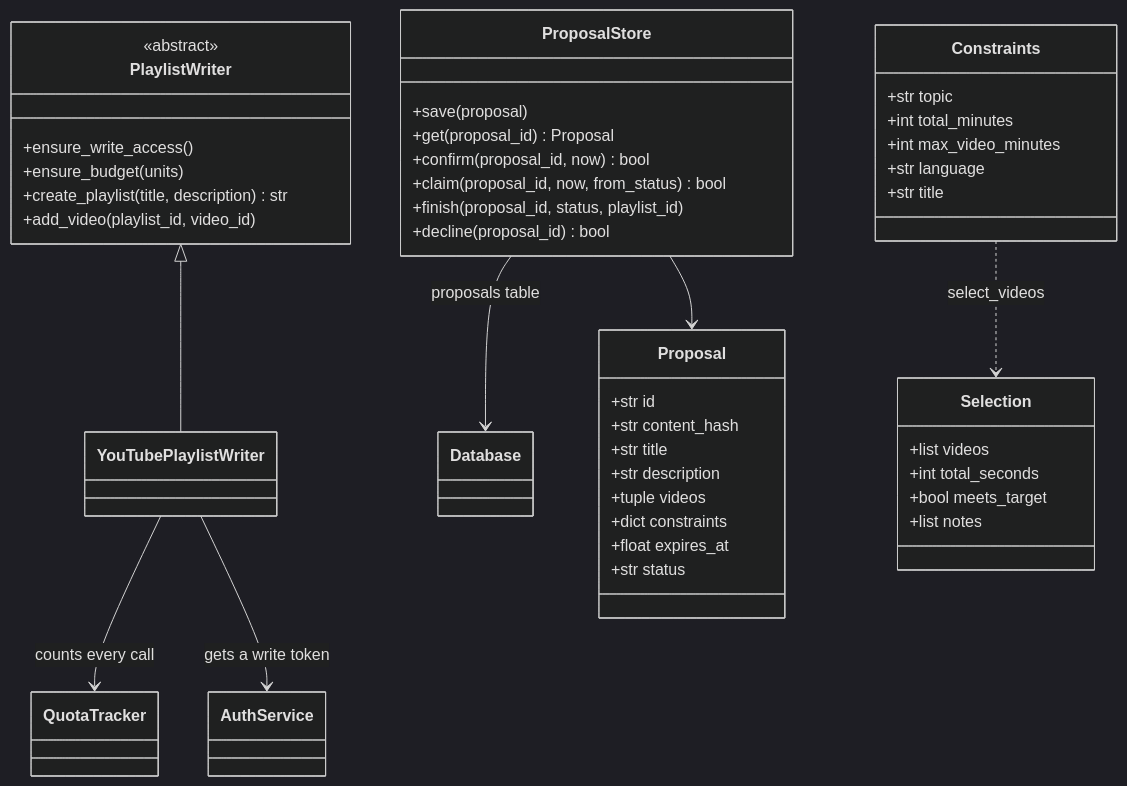
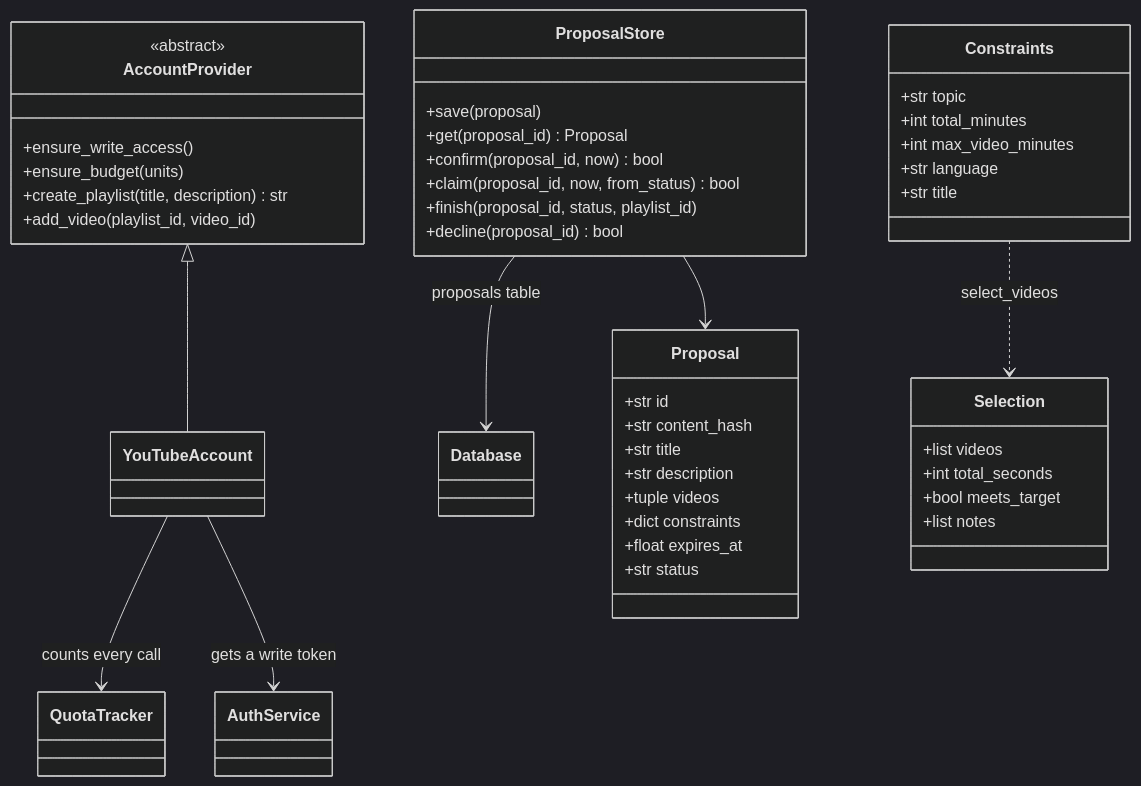
The third of 4 diagrams in docs/Areas/Design Classes.md (Chris-ops4573/Youtube_MCP_Server), drawn with Mermaid (dark theme) before and after one commit. The commit also changed other lines of this file and 17 other files, not shown here.

Commit message:
refactor: rename PlaylistWriter to AccountProvider

````diff
--- a/docs/Areas/Design Classes.md
+++ b/docs/Areas/Design Classes.md
@@ -105,48 +105,48 @@
 ```mermaid
 classDiagram
-  class PlaylistWriter {
+  class AccountProvider {
     <<abstract>>
     +ensure_write_access()
     +ensure_budget(units)
     +create_playlist(title, description) str
     +add_video(playlist_id, video_id)
   }
-  class YouTubePlaylistWriter
+  class YouTubeAccount
   class ProposalStore {
     +save(proposal)
     +get(proposal_id) Proposal
     +confirm(proposal_id, now) bool
     +claim(proposal_id, now, from_status) bool
     +finish(proposal_id, status, playlist_id)
     +decline(proposal_id) bool
   }
   class Proposal {
     +str id
     +str content_hash
     +str title
     +str description
     +tuple videos
     +dict constraints
     +float expires_at
     +str status
   }
   class Constraints {
     +str topic
     +int total_minutes
     +int max_video_minutes
     +str language
     +str title
   }
   class Selection {
     +list videos
     +int total_seconds
     +bool meets_target
     +list notes
   }
-  PlaylistWriter <|-- YouTubePlaylistWriter
-  YouTubePlaylistWriter --> QuotaTracker : counts every call
-  YouTubePlaylistWriter --> AuthService : gets a write token
+  AccountProvider <|-- YouTubeAccount
+  YouTubeAccount --> QuotaTracker : counts every call
+  YouTubeAccount --> AuthService : gets a write token
   ProposalStore --> Database : proposals table
   ProposalStore --> Proposal
   Constraints ..> Selection : select_videos
 ```
````
